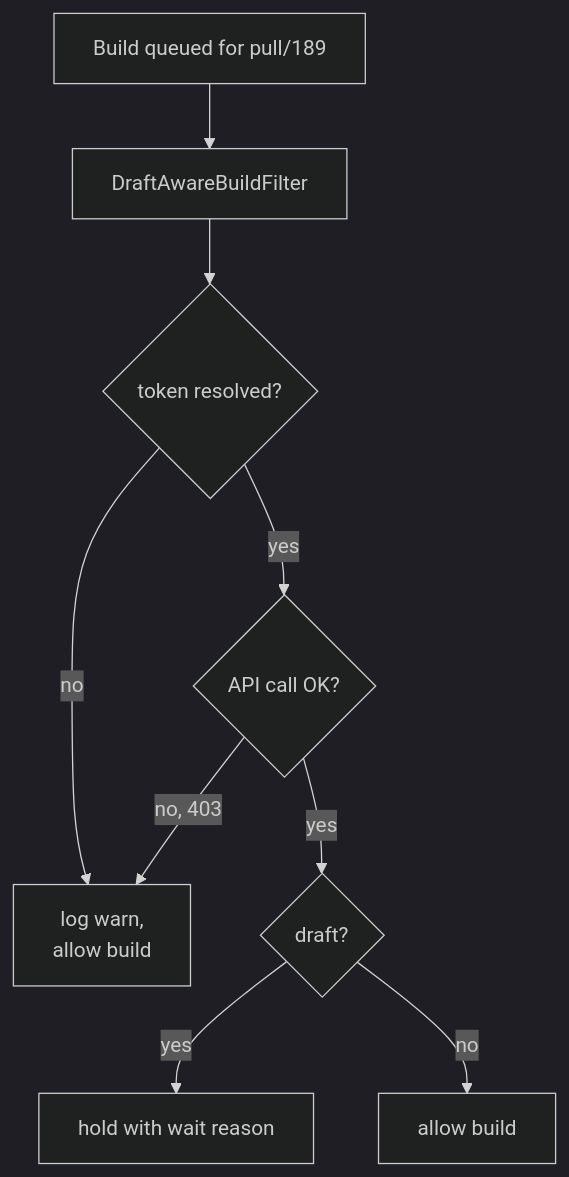
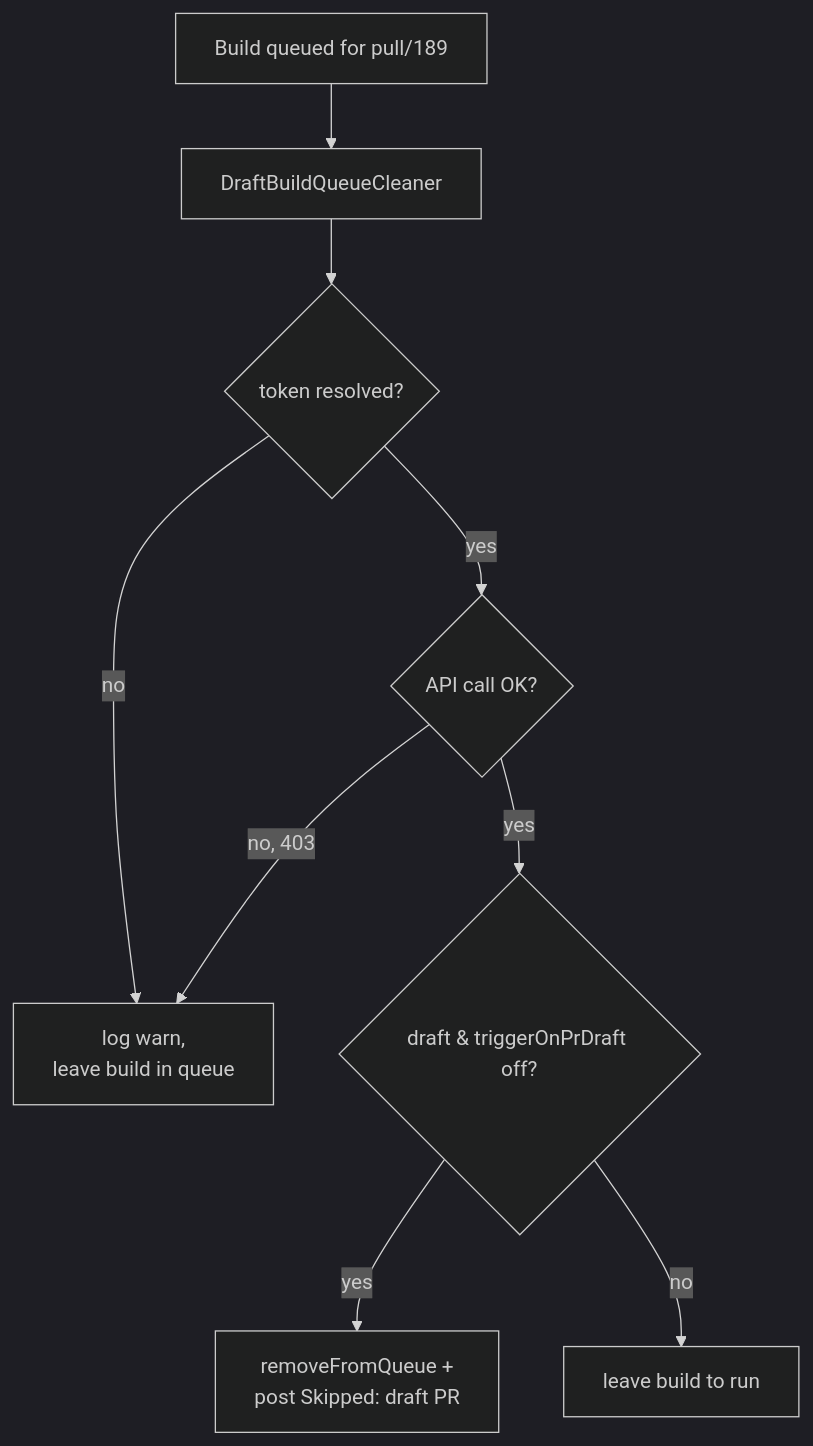
One commit to Silmaen/teamcity-github changed the fourth of 12 diagrams in doc/usage-scenarios.md. Above: the diagram before and after it, drawn with Mermaid (dark theme). The commit also changed other lines of this file and 64 other files, not shown here.

````diff
--- a/doc/usage-scenarios.md
+++ b/doc/usage-scenarios.md
@@ -174,11 +210,11 @@
 ```mermaid
 flowchart TD
-    A[Build queued for pull/189] --> B[DraftAwareBuildFilter]
+    A[Build queued for pull/189] --> B[DraftBuildQueueCleaner]
     B --> C{token resolved?}
-    C -->|no| D[log warn,<br/>allow build]
+    C -->|no| D[log warn,<br/>leave build in queue]
     C -->|yes| E{API call OK?}
     E -->|no, 403| D
-    E -->|yes| F{draft?}
-    F -->|yes| G[hold with wait reason]
-    F -->|no| H[allow build]
+    E -->|yes| F{draft & triggerOnPrDraft off?}
+    F -->|yes| G[removeFromQueue +<br/>post Skipped: draft PR]
+    F -->|no| H[leave build to run]
 ```
````
